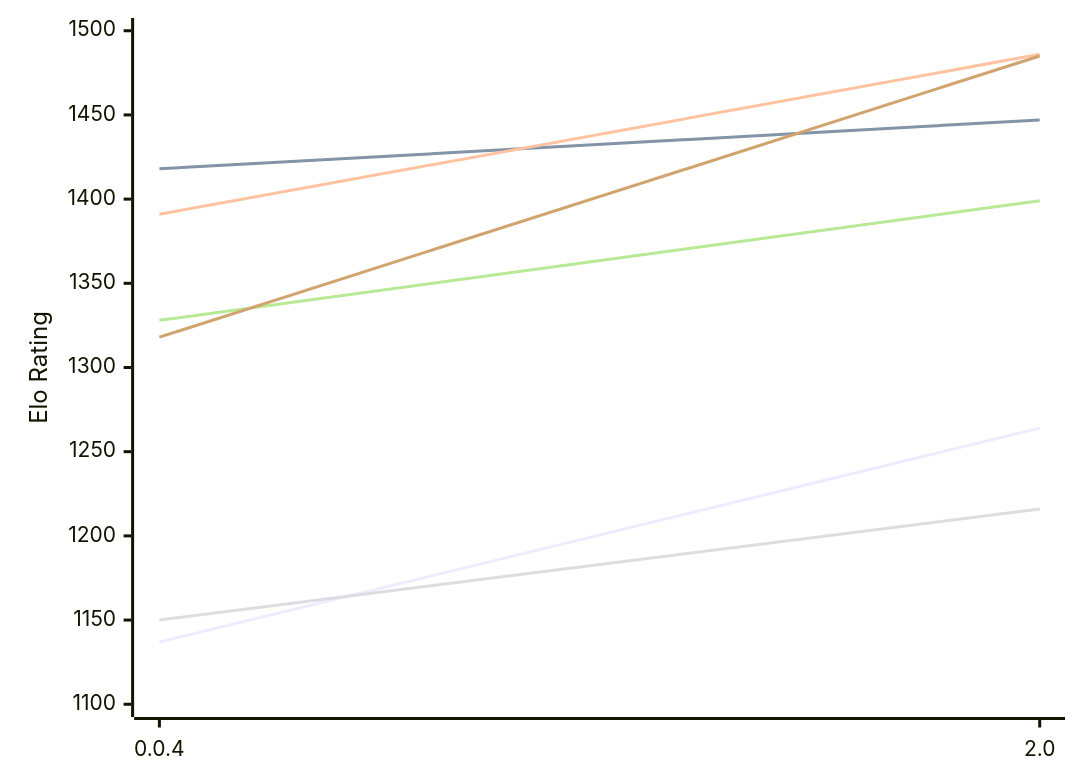
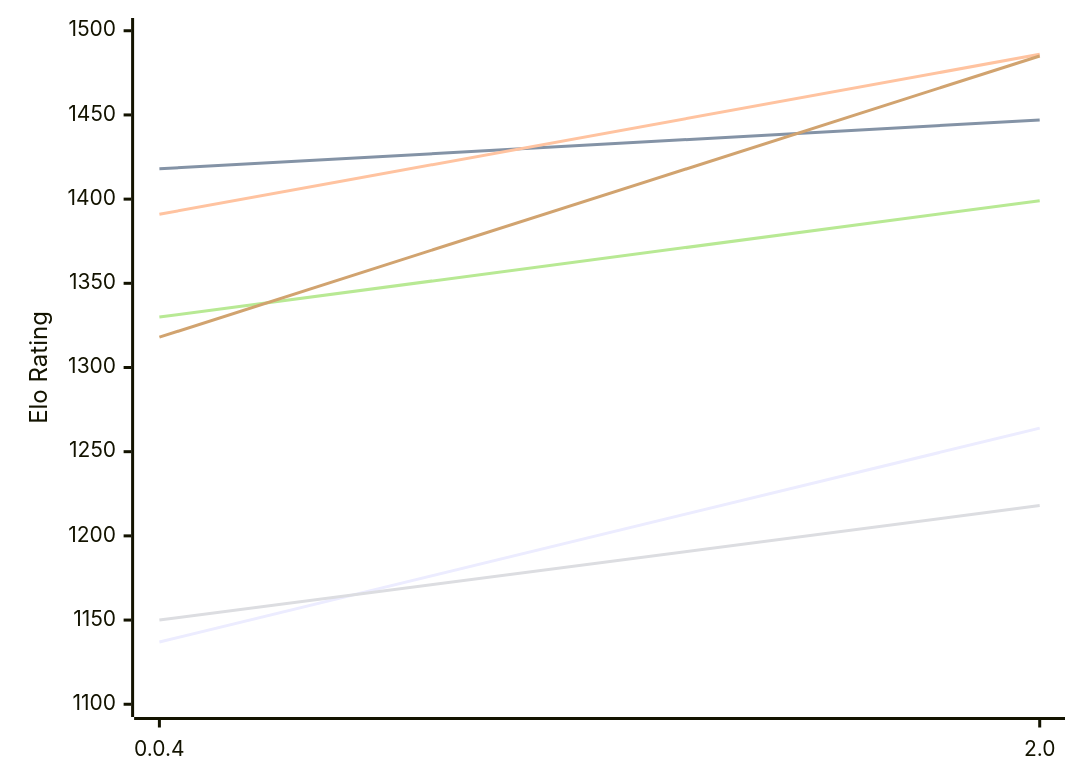
Before and after one commit to computer-chess-index/cci: the first of 2 diagrams in engines/Oops!Mate.md, drawn with Mermaid. The commit also changed other lines of this file, not shown here.

````diff
--- a/engines/Oops!Mate.md
+++ b/engines/Oops!Mate.md
@@ -50,12 +50,12 @@
 ```mermaid
 %%{init: {"theme":"base","themeVariables":{"seriesColors:['#a3a3a3','#222221','#faa371']}}}%%
 xychart-beta
   x-axis ["0.0.4", "2.0"]
   y-axis "Elo Rating" 1100 --> 1500
   line "E1: STC (8.0+0.08s)" [1137, 1264]
   line "E1: LTC (60.0+0.60s)" [1418, 1447]
   line "E1: VLTC (2m24s+1.12s)" [1391, 1486]
-  line "P1: STC (8.0+0.08s)" [1150, 1216]
-  line "P1: LTC (60.0+0.60s)" [1328, 1399]
+  line "P1: STC (8.0+0.08s)" [1150, 1218]
+  line "P1: LTC (60.0+0.60s)" [1330, 1399]
   line "P1: VLTC (2m24s+1.12s)" [1318, 1485]
 ```
````
